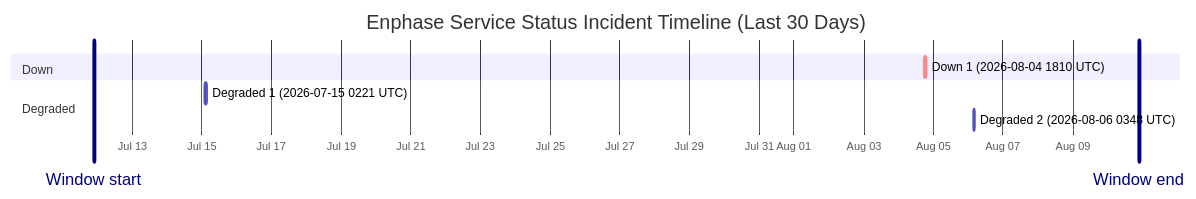
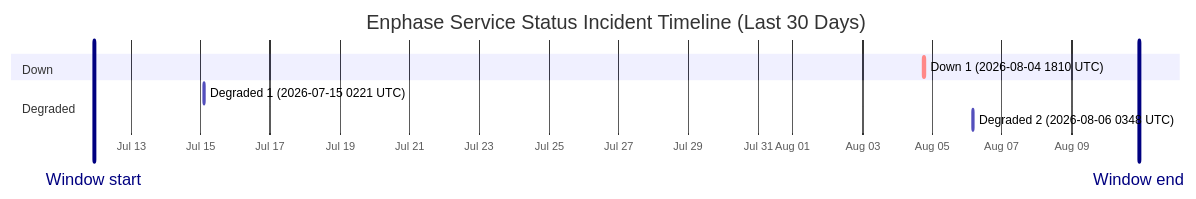
One commit to barneyonline/ha-enphase-energy changed the diagram in wiki/Service-Status-History.md. Above: the diagram before and after it, drawn with Mermaid. The commit also changed other lines of this file and 3 other files, not shown here.

````diff
--- a/wiki/Service-Status-History.md
+++ b/wiki/Service-Status-History.md
@@ -14,13 +14,13 @@
 ```mermaid
 gantt
     title Enphase Service Status Incident Timeline (Last 30 Days)
     dateFormat  YYYY-MM-DDTHH:mm:ss
     axisFormat  %b %d
-    Window start :vert, window-start, 2026-07-11T21:39:21, 0ms
-    Window end :vert, window-end, 2026-08-10T21:39:21, 0ms
+    Window start :vert, window-start, 2026-07-11T22:35:12, 0ms
+    Window end :vert, window-end, 2026-08-10T22:35:12, 0ms
     section Down
     Down 1 (2026-08-04 1810 UTC) :crit, down-1, 2026-08-04T18:10:46, 60m
     section Degraded
     Degraded 1 (2026-07-15 0221 UTC) :active, degraded-1, 2026-07-15T02:21:35, 60m
     Degraded 2 (2026-08-06 0348 UTC) :active, degraded-2, 2026-08-06T03:48:14, 60m
 ```
````
